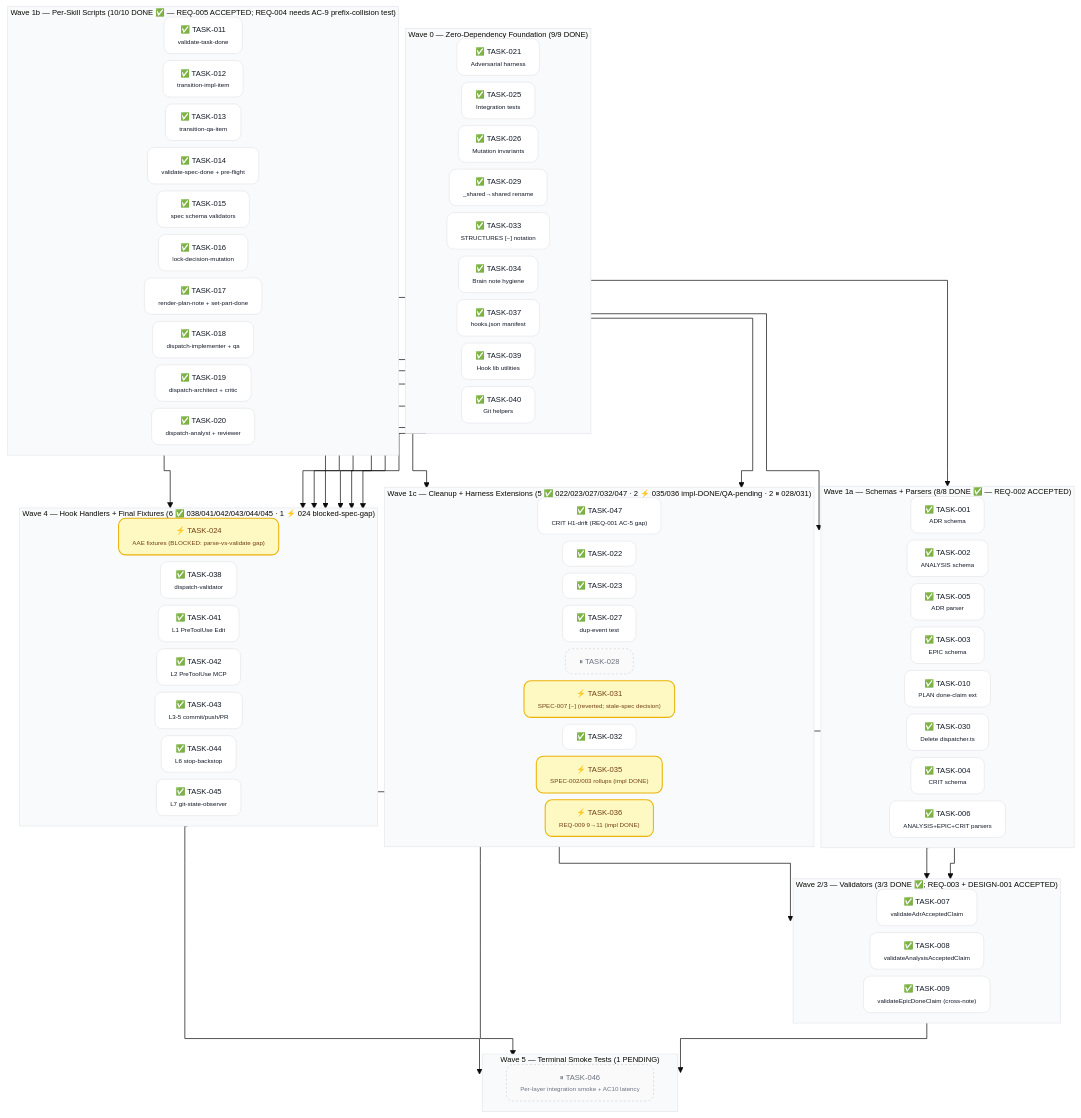
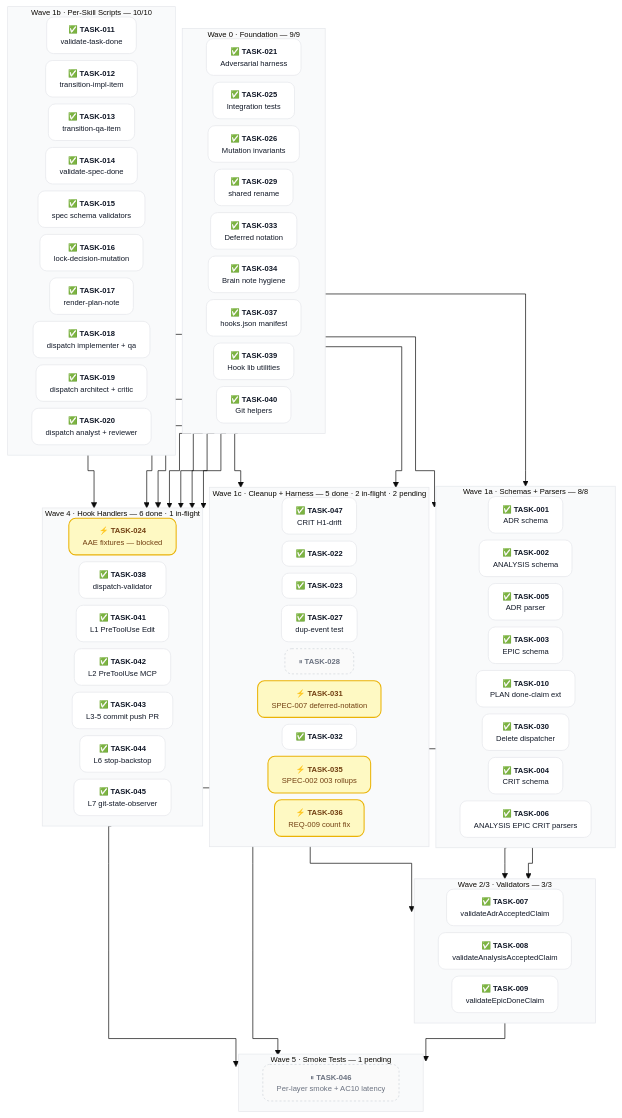
The second of 2 diagrams in docs/planning/PLAN-001-skills-ecosystem.md (acmelabs-15/skills), drawn with Mermaid before and after one commit. The commit also changed other lines of this file and 1 other file, not shown here.

Commit message:
docs(PLAN-001): reformat SPEC-008 wave graph to canonical Mermaid palette (Event 125)
Concise subgraph titles + themeCSS + bold node labels per STRUCTURES 4.12.
Presentation only; statuses unchanged (41/47).

Are you pondering what I am pondering? — 🧠

````diff
--- a/docs/planning/PLAN-001-skills-ecosystem.md
+++ b/docs/planning/PLAN-001-skills-ecosystem.md
@@ -3437,104 +3427,100 @@
 ```mermaid
-%%{init: {'theme':'base','flowchart':{'curve':'stepAfter','nodeSpacing':10,'rankSpacing':45,'padding':10,'diagramPadding':14,'htmlLabels':true},'themeVariables':{'fontFamily':'-apple-system, BlinkMacSystemFont, system-ui, sans-serif','fontSize':'11px','clusterBkg':'#f9fafb','clusterBorder':'#e5e7eb'}}}%%
+%%{init: {'theme':'base','flowchart':{'curve':'stepAfter','nodeSpacing':10,'rankSpacing':45,'padding':10,'diagramPadding':14,'htmlLabels':true},'themeVariables':{'fontFamily':'-apple-system, BlinkMacSystemFont, system-ui, sans-serif','fontSize':'11px','clusterBkg':'#f9fafb','clusterBorder':'#e5e7eb'},'themeCSS':'.edgePath path, .flowchart-link { stroke-linejoin: round !important; stroke-linecap: round !important; } .cluster-label .nodeLabel { font-family: ui-monospace, SFMono-Regular, Menlo, monospace !important; font-size: 11px !important; font-weight: 600 !important; letter-spacing: 0.08em !important; text-transform: uppercase !important; color: #6b7280 !important; }'}}%%
 graph TD
 
   classDef done fill:#ffffff,stroke:#e5e7eb,stroke-width:1px,color:#111827,rx:10,ry:10
   classDef inprogress fill:#fef9c3,stroke:#eab308,stroke-width:1.5px,color:#713f12,rx:10,ry:10
   classDef pending fill:#fafafa,stroke:#d1d5db,stroke-width:1px,color:#6b7280,stroke-dasharray:3 3,rx:10,ry:10
 
-  subgraph W0 ["Wave 0 — Zero-Dependency Foundation (9/9 DONE)"]
+  subgraph W0 ["Wave 0 · Foundation — 9/9"]
     direction LR
-    T021["✅ TASK-021<br/><span style='font-size:9px'>Adversarial harness</span>"]
-    T025["✅ TASK-025<br/><span style='font-size:9px'>Integration tests</span>"]
-    T026["✅ TASK-026<br/><span style='font-size:9px'>Mutation invariants</span>"]
-    T029["✅ TASK-029<br/><span style='font-size:9px'>_shared→shared rename</span>"]
-    T033["✅ TASK-033<br/><span style='font-size:9px'>STRUCTURES [~] notation</span>"]
-    T034["✅ TASK-034<br/><span style='font-size:9px'>Brain note hygiene</span>"]
-    T037["✅ TASK-037<br/><span style='font-size:9px'>hooks.json manifest</span>"]
-    T039["✅ TASK-039<br/><span style='font-size:9px'>Hook lib utilities</span>"]
-    T040["✅ TASK-040<br/><span style='font-size:9px'>Git helpers</span>"]
+    T021["✅ <b>TASK-021</b><br/><span style='color:#6b7280;font-size:9px'>Adversarial harness</span>"]
+    T025["✅ <b>TASK-025</b><br/><span style='color:#6b7280;font-size:9px'>Integration tests</span>"]
+    T026["✅ <b>TASK-026</b><br/><span style='color:#6b7280;font-size:9px'>Mutation invariants</span>"]
+    T029["✅ <b>TASK-029</b><br/><span style='color:#6b7280;font-size:9px'>shared rename</span>"]
+    T033["✅ <b>TASK-033</b><br/><span style='color:#6b7280;font-size:9px'>Deferred notation</span>"]
+    T034["✅ <b>TASK-034</b><br/><span style='color:#6b7280;font-size:9px'>Brain note hygiene</span>"]
+    T037["✅ <b>TASK-037</b><br/><span style='color:#6b7280;font-size:9px'>hooks.json manifest</span>"]
+    T039["✅ <b>TASK-039</b><br/><span style='color:#6b7280;font-size:9px'>Hook lib utilities</span>"]
+    T040["✅ <b>TASK-040</b><br/><span style='color:#6b7280;font-size:9px'>Git helpers</span>"]
   end
 
-  subgraph W1a ["Wave 1a — Schemas + Parsers (8/8 DONE ✅ — REQ-002 ACCEPTED)"]
+  subgraph W1a ["Wave 1a · Schemas + Parsers — 8/8"]
     direction LR
-    T001["✅ TASK-001<br/><span style='font-size:9px'>ADR schema</span>"]
-    T002["✅ TASK-002<br/><span style='font-size:9px'>ANALYSIS schema</span>"]
-    T005["✅ TASK-005<br/><span style='font-size:9px'>ADR parser</span>"]
-    T003["✅ TASK-003<br/><span style='font-size:9px'>EPIC schema</span>"]
-    T010["✅ TASK-010<br/><span style='font-size:9px'>PLAN done-claim ext</span>"]
-    T030["✅ TASK-030<br/><span style='font-size:9px'>Delete dispatcher.ts</span>"]
-    T004["✅ TASK-004<br/><span style='font-size:9px'>CRIT schema</span>"]
-    T006["✅ TASK-006<br/><span style='font-size:9px'>ANALYSIS+EPIC+CRIT parsers</span>"]
+    T001["✅ <b>TASK-001</b><br/><span style='color:#6b7280;font-size:9px'>ADR schema</span>"]
+    T002["✅ <b>TASK-002</b><br/><span style='color:#6b7280;font-size:9px'>ANALYSIS schema</span>"]
+    T005["✅ <b>TASK-005</b><br/><span style='color:#6b7280;font-size:9px'>ADR parser</span>"]
+    T003["✅ <b>TASK-003</b><br/><span style='color:#6b7280;font-size:9px'>EPIC schema</span>"]
+    T010["✅ <b>TASK-010</b><br/><span style='color:#6b7280;font-size:9px'>PLAN done-claim ext</span>"]
+    T030["✅ <b>TASK-030</b><br/><span style='color:#6b7280;font-size:9px'>Delete dispatcher</span>"]
+    T004["✅ <b>TASK-004</b><br/><span style='color:#6b7280;font-size:9px'>CRIT schema</span>"]
+    T006["✅ <b>TASK-006</b><br/><span style='color:#6b7280;font-size:9px'>ANALYSIS EPIC CRIT parsers</span>"]
   end
 
-  subgraph W1b ["Wave 1b — Per-Skill Scripts (10/10 DONE ✅ — REQ-005 ACCEPTED; REQ-004 needs AC-9 prefix-collision test)"]
+  subgraph W1b ["Wave 1b · Per-Skill Scripts — 10/10"]
     direction LR
-    T011["✅ TASK-011<br/><span style='font-size:9px'>validate-task-done</span>"]
-    T012["✅ TASK-012<br/><span style='font-size:9px'>transition-impl-item</span>"]
-    T013["✅ TASK-013<br/><span style='font-size:9px'>transition-qa-item</span>"]
-    T014["✅ TASK-014<br/><span style='font-size:9px'>validate-spec-done + pre-flight</span>"]
-    T015["✅ TASK-015<br/><span style='font-size:9px'>spec schema validators</span>"]
-    T016["✅ TASK-016<br/><span style='font-size:9px'>lock-decision-mutation</span>"]
-    T017["✅ TASK-017<br/><span style='font-size:9px'>render-plan-note + set-part-done</span>"]
-    T018["✅ TASK-018<br/><span style='font-size:9px'>dispatch-implementer + qa</span>"]
-    T019["✅ TASK-019<br/><span style='font-size:9px'>dispatch-architect + critic</span>"]
-    T020["✅ TASK-020<br/><span style='font-size:9px'>dispatch-analyst + reviewer</span>"]
+    T011["✅ <b>TASK-011</b><br/><span style='color:#6b7280;font-size:9px'>validate-task-done</span>"]
+    T012["✅ <b>TASK-012</b><br/><span style='color:#6b7280;font-size:9px'>transition-impl-item</span>"]
+    T013["✅ <b>TASK-013</b><br/><span style='color:#6b7280;font-size:9px'>transition-qa-item</span>"]
+    T014["✅ <b>TASK-014</b><br/><span style='color:#6b7280;font-size:9px'>validate-spec-done</span>"]
+    T015["✅ <b>TASK-015</b><br/><span style='color:#6b7280;font-size:9px'>spec schema validators</span>"]
+    T016["✅ <b>TASK-016</b><br/><span style='color:#6b7280;font-size:9px'>lock-decision-mutation</span>"]
+    T017["✅ <b>TASK-017</b><br/><span style='color:#6b7280;font-size:9px'>render-plan-note</span>"]
+    T018["✅ <b>TASK-018</b><br/><span style='color:#6b7280;font-size:9px'>dispatch implementer + qa</span>"]
+    T019["✅ <b>TASK-019</b><br/><span style='color:#6b7280;font-size:9px'>dispatch architect + critic</span>"]
+    T020["✅ <b>TASK-020</b><br/><span style='color:#6b7280;font-size:9px'>dispatch analyst + reviewer</span>"]
   end
 
-  subgraph W1c ["Wave 1c — Cleanup + Harness Extensions (5 ✅ 022/023/027/032/047 · 2 ⚡ 035/036 impl-DONE/QA-pending · 2 ⏸ 028/031)"]
+  subgraph W1c ["Wave 1c · Cleanup + Harness — 5 done · 2 in-flight · 2 pending"]
     direction LR
-    T047["✅ TASK-047<br/><span style='font-size:9px'>CRIT H1-drift (REQ-001 AC-5 gap)</span>"]
-    T022["✅ TASK-022"]
-    T023["✅ TASK-023"]
-    T027["✅ TASK-027<br/><span style='font-size:9px'>dup-event test</span>"]
-    T028["⏸ TASK-028"]
-    T031["⚡ TASK-031<br/><span style='font-size:9px'>SPEC-007 [~] (reverted; stale-spec decision)</span>"]
-    T032["✅ TASK-032"]
-    T035["⚡ TASK-035<br/><span style='font-size:9px'>SPEC-002/003 rollups (impl DONE)</span>"]
-    T036["⚡ TASK-036<br/><span style='font-size:9px'>REQ-009 9→11 (impl DONE)</span>"]
+    T047["✅ <b>TASK-047</b><br/><span style='color:#6b7280;font-size:9px'>CRIT H1-drift</span>"]
+    T022["✅ <b>TASK-022</b>"]
+    T023["✅ <b>TASK-023</b>"]
+    T027["✅ <b>TASK-027</b><br/><span style='color:#6b7280;font-size:9px'>dup-event test</span>"]
+    T028["⏸ <b>TASK-028</b>"]
+    T031["⚡ <b>TASK-031</b><br/><span style='color:#6b7280;font-size:9px'>SPEC-007 deferred-notation</span>"]
+    T032["✅ <b>TASK-032</b>"]
+    T035["⚡ <b>TASK-035</b><br/><span style='color:#6b7280;font-size:9px'>SPEC-002 003 rollups</span>"]
+    T036["⚡ <b>TASK-036</b><br/><span style='color:#6b7280;font-size:9px'>REQ-009 count fix</span>"]
   end
 
-  subgraph W23 ["Wave 2/3 — Validators (3/3 DONE ✅; REQ-003 + DESIGN-001 ACCEPTED)"]
+  subgraph W23 ["Wave 2/3 · Validators — 3/3"]
     direction LR
-    T007["✅ TASK-007<br/><span style='font-size:9px'>validateAdrAcceptedClaim</span>"]
-    T008["✅ TASK-008<br/><span style='font-size:9px'>validateAnalysisAcceptedClaim</span>"]
-    T009["✅ TASK-009<br/><span style='font-size:9px'>validateEpicDoneClaim (cross-note)</span>"]
+    T007["✅ <b>TASK-007</b><br/><span style='color:#6b7280;font-size:9px'>validateAdrAcceptedClaim</span>"]
+    T008["✅ <b>TASK-008</b><br/><span style='color:#6b7280;font-size:9px'>validateAnalysisAcceptedClaim</span>"]
+    T009["✅ <b>TASK-009</b><br/><span style='color:#6b7280;font-size:9px'>validateEpicDoneClaim</span>"]
   end
 
-  subgraph W4 ["Wave 4 — Hook Handlers + Final Fixtures (6 ✅ 038/041/042/043/044/045 · 1 ⚡ 024 blocked-spec-gap)"]
+  subgraph W4 ["Wave 4 · Hook Handlers — 6 done · 1 in-flight"]
     direction LR
-    T024["⚡ TASK-024<br/><span style='font-size:9px'>AAE fixtures (BLOCKED: parse-vs-validate gap)</span>"]
-    T038["✅ TASK-038<br/><span style='font-size:9px'>dispatch-validator</span>"]
-    T041["✅ TASK-041<br/><span style='font-size:9px'>L1 PreToolUse Edit</span>"]
-    T042["✅ TASK-042<br/><span style='font-size:9px'>L2 PreToolUse MCP</span>"]
-    T043["✅ TASK-043<br/><span style='font-size:9px'>L3-5 commit/push/PR</span>"]
-    T044["✅ TASK-044<br/><span style='font-size:9px'>L6 stop-backstop</span>"]
-    T045["✅ TASK-045<br/><span style='font-size:9px'>L7 git-state-observer</span>"]
+    T024["⚡ <b>TASK-024</b><br/><span style='color:#6b7280;font-size:9px'>AAE fixtures — blocked</span>"]
+    T038["✅ <b>TASK-038</b><br/><span style='color:#6b7280;font-size:9px'>dispatch-validator</span>"]
+    T041["✅ <b>TASK-041</b><br/><span style='color:#6b7280;font-size:9px'>L1 PreToolUse Edit</span>"]
+    T042["✅ <b>TASK-042</b><br/><span style='color:#6b7280;font-size:9px'>L2 PreToolUse MCP</span>"]
+    T043["✅ <b>TASK-043</b><br/><span style='color:#6b7280;font-size:9px'>L3-5 commit push PR</span>"]
+    T044["✅ <b>TASK-044</b><br/><span style='color:#6b7280;font-size:9px'>L6 stop-backstop</span>"]
+    T045["✅ <b>TASK-045</b><br/><span style='color:#6b7280;font-size:9px'>L7 git-state-observer</span>"]
   end
 
-  subgraph W5 ["Wave 5 — Terminal Smoke Tests (1 PENDING)"]
+  subgraph W5 ["Wave 5 · Smoke Tests — 1 pending"]
     direction LR
-    T046["⏸ TASK-046<br/><span style='font-size:9px'>Per-layer integration smoke + AC10 latency</span>"]
+    T046["⏸ <b>TASK-046</b><br/><span style='color:#6b7280;font-size:9px'>Per-layer smoke + AC10 latency</span>"]
   end
 
-  %% Cross-wave gating (critical-path edges only)
   T029 --> T001
   T029 --> T030
   T021 --> T022
   T021 --> T023
   T021 --> T024
-
   T001 --> T007
   T002 --> T008
   T003 --> T009
-
   T037 --> T038
   T037 --> T041
   T037 --> T042
   T037 --> T043
   T037 --> T044
   T037 --> T045
-
   T024 --> T046
   T009 --> T046
   T045 --> T046
````
